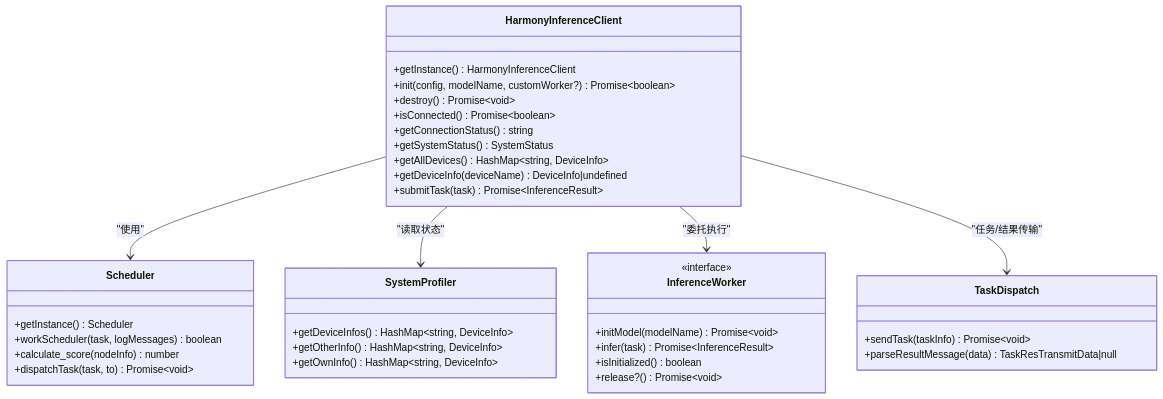
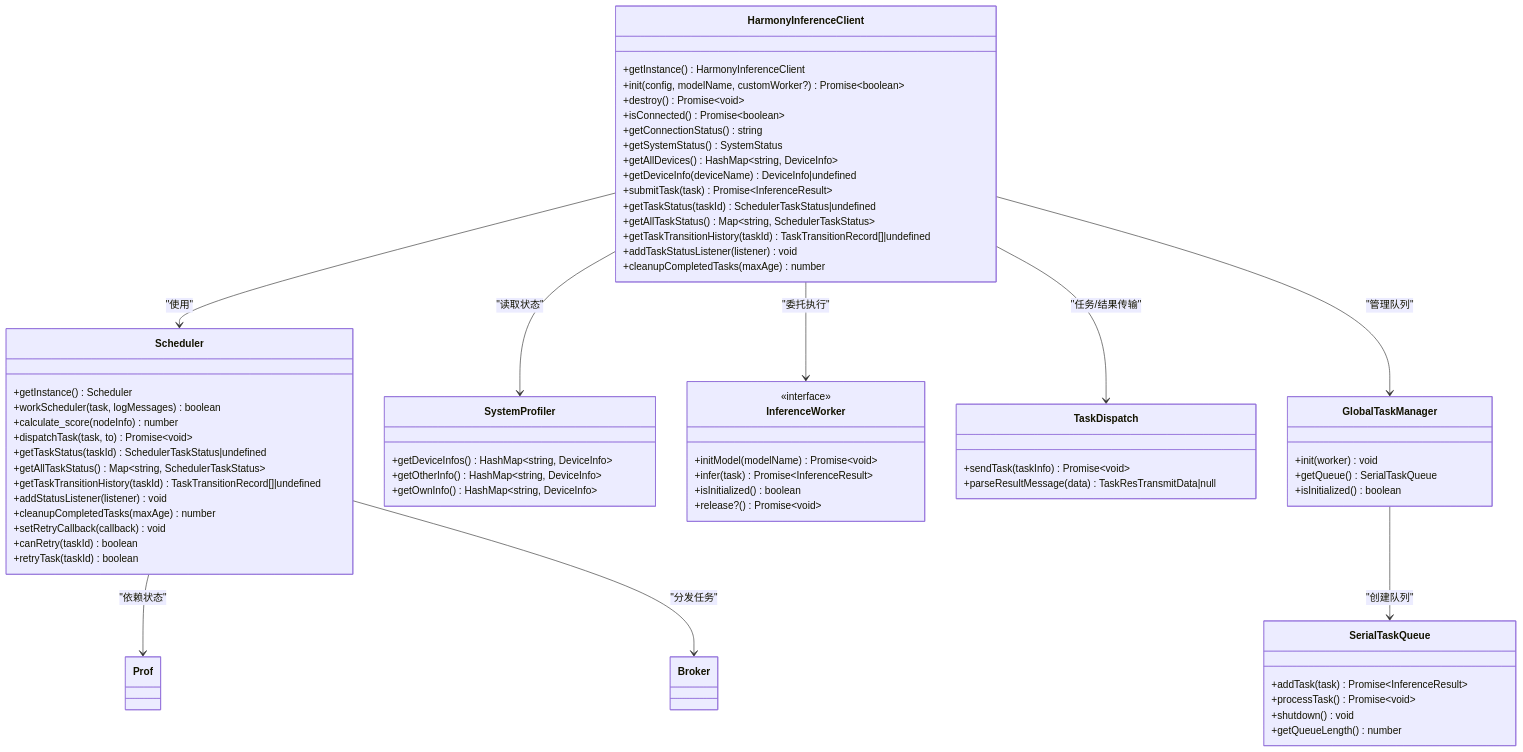
One commit to huo65/OH-Co3 changed the second of 6 diagrams in .qoder/repowiki/zh/content/API 参考文档/核心 API/HarmonyInferenceClient API.md. Above: the diagram before and after it, drawn with Mermaid. The commit also changed other lines of this file and 6 other files, not shown here.

````diff
--- a/.qoder/repowiki/zh/content/API 参考文档/核心 API/HarmonyInferenceClient API.md
+++ b/.qoder/repowiki/zh/content/API 参考文档/核心 API/HarmonyInferenceClient API.md
@@ -86,40 +100,68 @@
 ```mermaid
 classDiagram
 class HarmonyInferenceClient {
 +getInstance() HarmonyInferenceClient
 +init(config, modelName, customWorker?) Promise~boolean~
 +destroy() Promise~void~
 +isConnected() Promise~boolean~
 +getConnectionStatus() string
 +getSystemStatus() SystemStatus
 +getAllDevices() HashMap~string, DeviceInfo~
 +getDeviceInfo(deviceName) DeviceInfo|undefined
 +submitTask(task) Promise~InferenceResult~
++getTaskStatus(taskId) SchedulerTaskStatus|undefined
++getAllTaskStatus() Map~string, SchedulerTaskStatus~
++getTaskTransitionHistory(taskId) TaskTransitionRecord[]|undefined
++addTaskStatusListener(listener) void
++cleanupCompletedTasks(maxAge) number
 }
 class Scheduler {
 +getInstance() Scheduler
 +workScheduler(task, logMessages) boolean
 +calculate_score(nodeInfo) number
 +dispatchTask(task, to) Promise~void~
++getTaskStatus(taskId) SchedulerTaskStatus|undefined
++getAllTaskStatus() Map~string, SchedulerTaskStatus~
++getTaskTransitionHistory(taskId) TaskTransitionRecord[]|undefined
++addStatusListener(listener) void
++cleanupCompletedTasks(maxAge) number
++setRetryCallback(callback) void
++canRetry(taskId) boolean
++retryTask(taskId) boolean
 }
 class SystemProfiler {
 +getDeviceInfos() HashMap~string, DeviceInfo~
 +getOtherInfo() HashMap~string, DeviceInfo~
 +getOwnInfo() HashMap~string, DeviceInfo~
 }
 class InferenceWorker {
 <<interface>>
 +initModel(modelName) Promise~void~
 +infer(task) Promise~InferenceResult~
 +isInitialized() boolean
 +release?() Promise~void~
 }
 class TaskDispatch {
 +sendTask(taskInfo) Promise~void~
 +parseResultMessage(data) TaskResTransmitData|null
 }
+class GlobalTaskManager {
++init(worker) void
++getQueue() SerialTaskQueue
++isInitialized() boolean
+}
+class SerialTaskQueue {
++addTask(task) Promise~InferenceResult~
++processTask() Promise~void~
++shutdown() void
++getQueueLength() number
+}
 HarmonyInferenceClient --> Scheduler : "使用"
 HarmonyInferenceClient --> SystemProfiler : "读取状态"
 HarmonyInferenceClient --> InferenceWorker : "委托执行"
 HarmonyInferenceClient --> TaskDispatch : "任务/结果传输"
+HarmonyInferenceClient --> GlobalTaskManager : "管理队列"
+GlobalTaskManager --> SerialTaskQueue : "创建队列"
+Scheduler --> Prof : "依赖状态"
+Scheduler --> Broker : "分发任务"
 ```
````
